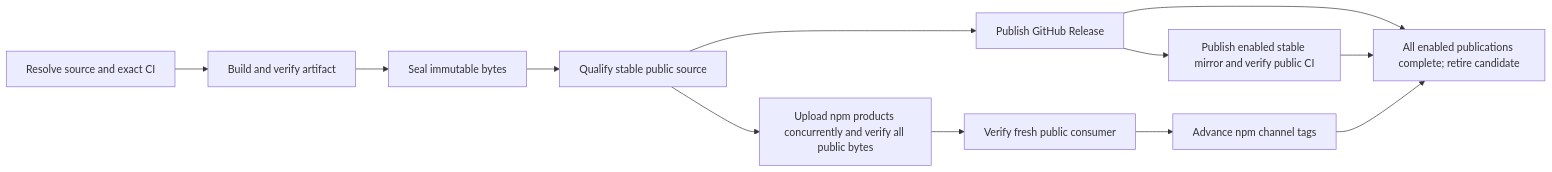
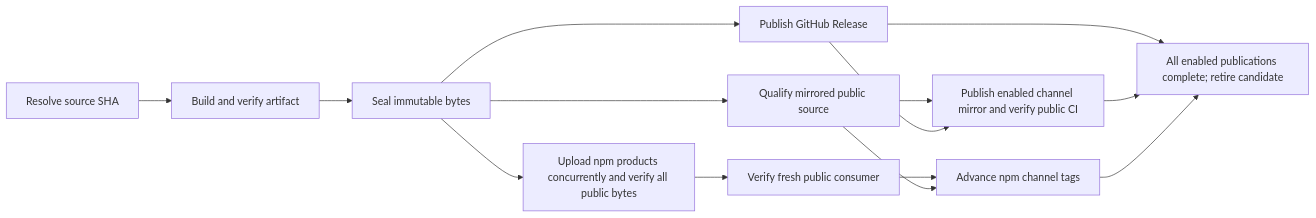
One commit to ForgeAX/forgeax-engine changed the diagram in packages/engine/RELEASING.md. Above: the diagram before and after it, drawn with Mermaid. The commit also changed other lines of this file and 316 other files, not shown here.

````diff
--- a/packages/engine/RELEASING.md
+++ b/packages/engine/RELEASING.md
@@ -65,23 +78,25 @@
 ```mermaid
 flowchart LR
-  A["Resolve source and exact CI"]
+  A["Resolve source SHA"]
   B["Build and verify artifact"]
   C["Seal immutable bytes"]
-  G["Qualify stable public source"]
+  G["Qualify mirrored public source"]
   H["Publish GitHub Release"]
-  I["Publish enabled stable mirror and verify public CI"]
+  I["Publish enabled channel mirror and verify public CI"]
   D["Upload npm products concurrently and verify all public bytes"]
   E["Verify fresh public consumer"]
   F["Advance npm channel tags"]
   A --> B
   B --> C
   C --> G
-  G --> H
+  C --> H
+  C --> D
+  G --> I
   H --> I
-  G --> D
   D --> E
   E --> F
+  G --> F
   H --> J["All enabled publications complete; retire candidate"]
   I --> J
   F --> J
 ```
````
